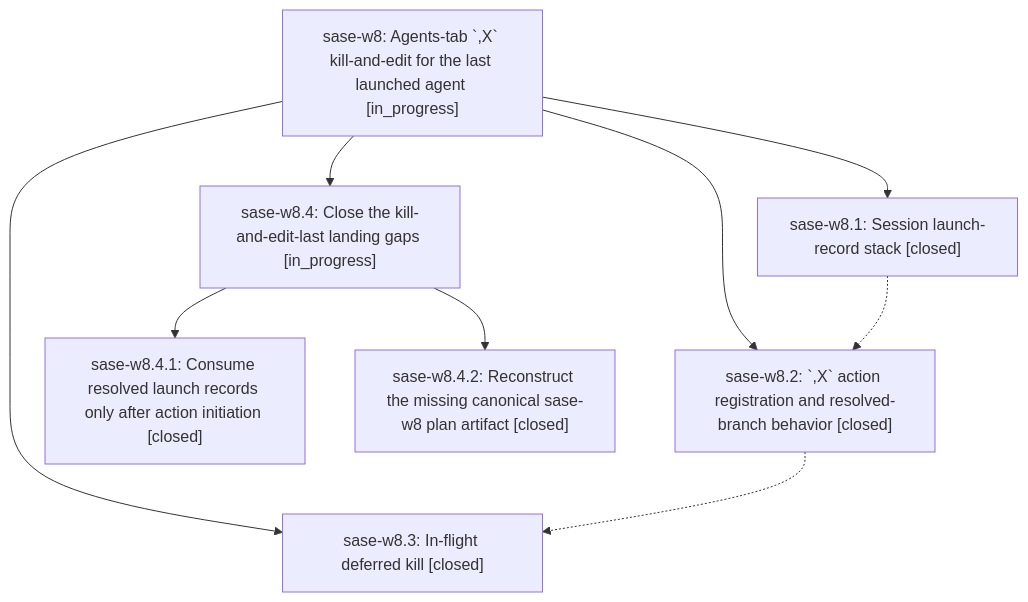
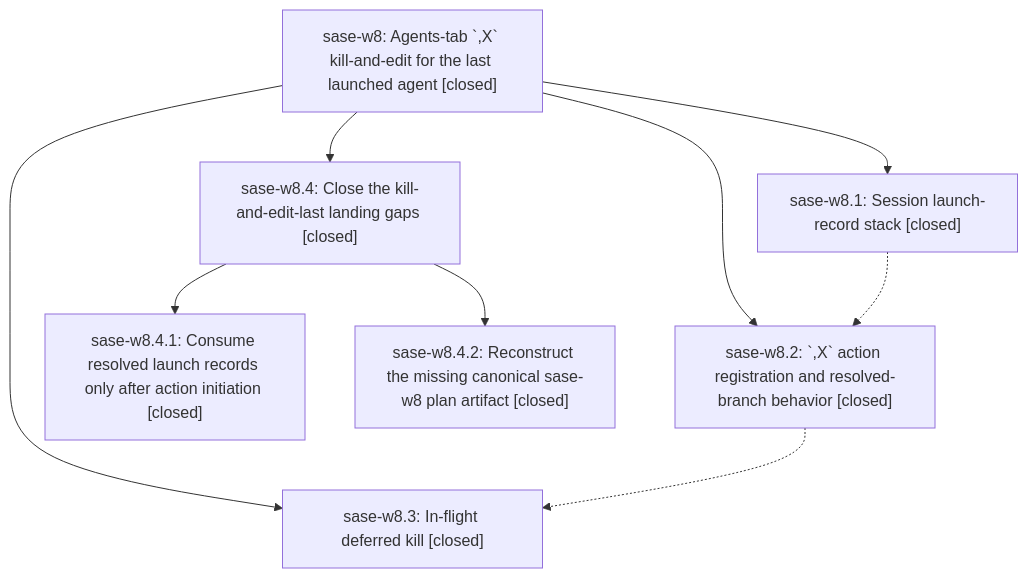
The diagram in pages/sase-w8/README.md (sase-org/sase--beads), drawn with Mermaid before and after one commit. The commit also changed other lines of this file and 1 other file, not shown here.

First line of the commit message:
chore(beads): sync bead state and pages for sase-w8

````diff
--- a/pages/sase-w8/README.md
+++ b/pages/sase-w8/README.md
@@ -42,18 +44,18 @@
 ```mermaid
 flowchart TD
-    n0["sase-w8: Agents-tab `,X` kill-and-edit for the last launched agent [in_progress]"]
+    n0["sase-w8: Agents-tab `,X` kill-and-edit for the last launched agent [closed]"]
     n1["sase-w8.1: Session launch-record stack [closed]"]
     n2["sase-w8.2: `,X` action registration and resolved-branch behavior [closed]"]
     n3["sase-w8.3: In-flight deferred kill [closed]"]
-    n4["sase-w8.4: Close the kill-and-edit-last landing gaps [in_progress]"]
+    n4["sase-w8.4: Close the kill-and-edit-last landing gaps [closed]"]
     n5["sase-w8.4.1: Consume resolved launch records only after action initiation [closed]"]
     n6["sase-w8.4.2: Reconstruct the missing canonical sase-w8 plan artifact [closed]"]
     n0 --> n1
     n0 --> n2
     n0 --> n3
     n0 --> n4
     n4 --> n5
     n4 --> n6
     n1 -.-> n2
     n2 -.-> n3
 ```
````
